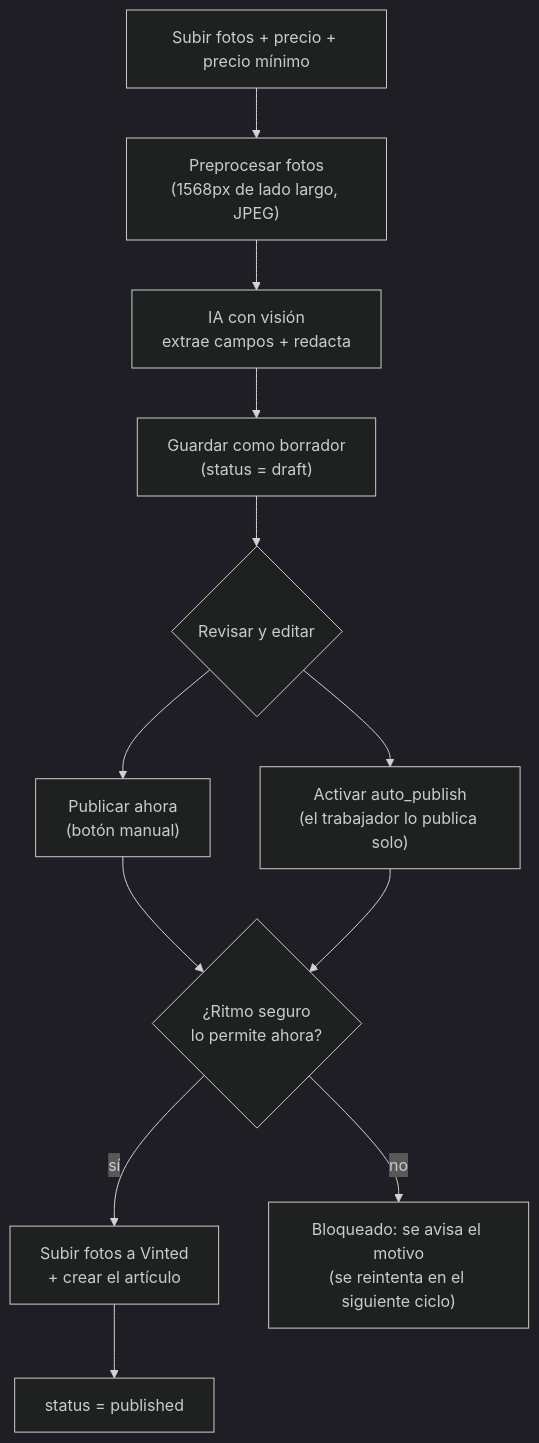
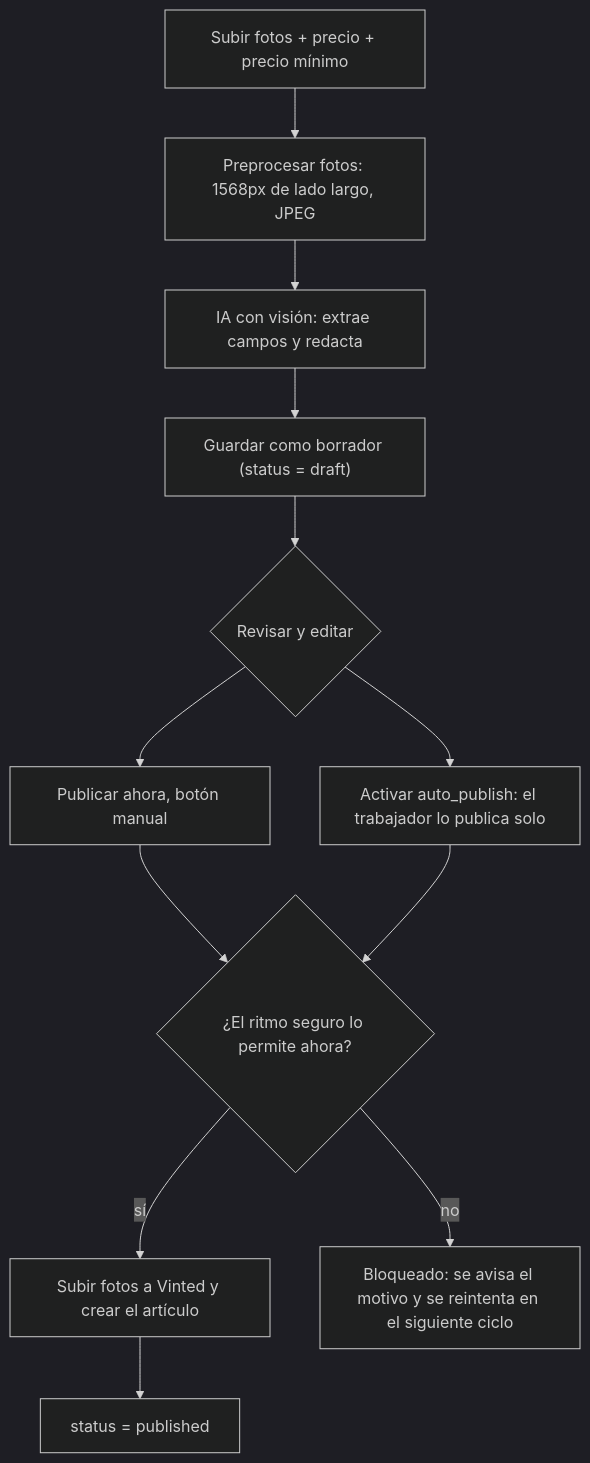
Before and after one commit to MartXXeL/VintedBot: the second of 3 diagrams in README.md, drawn with Mermaid (dark theme). The commit also changed other lines of this file, not shown here.

Commit message:
Corregir los diagramas del README: el HTML se comia el texto y lo pegaba

````diff
--- a/README.md
+++ b/README.md
@@ -131,14 +131,14 @@
 ```mermaid
 flowchart TD
-    A["Subir fotos + precio + precio mínimo"] --> B["Preprocesar fotos<br/>(1568px de lado largo, JPEG)"]
-    B --> C["IA con visión<br/>extrae campos + redacta"]
-    C --> D["Guardar como borrador<br/>(status = draft)"]
+    A["Subir fotos + precio + precio mínimo"] --> B["Preprocesar fotos: 1568px de lado largo, JPEG"]
+    B --> C["IA con visión: extrae campos y redacta"]
+    C --> D["Guardar como borrador (status = draft)"]
     D --> E{"Revisar y editar"}
-    E --> F["Publicar ahora<br/>(botón manual)"]
-    E --> G["Activar auto_publish<br/>(el trabajador lo publica solo)"]
-    F --> H{"¿Ritmo seguro<br/>lo permite ahora?"}
+    E --> F["Publicar ahora, botón manual"]
+    E --> G["Activar auto_publish: el trabajador lo publica solo"]
+    F --> H{"¿El ritmo seguro lo permite ahora?"}
     G --> H
-    H -- "sí" --> I["Subir fotos a Vinted<br/>+ crear el artículo"]
-    H -- "no" --> J["Bloqueado: se avisa el motivo<br/>(se reintenta en el siguiente ciclo)"]
+    H -- "sí" --> I["Subir fotos a Vinted y crear el artículo"]
+    H -- "no" --> J["Bloqueado: se avisa el motivo y se reintenta en el siguiente ciclo"]
     I --> K["status = published"]
 ```
````
